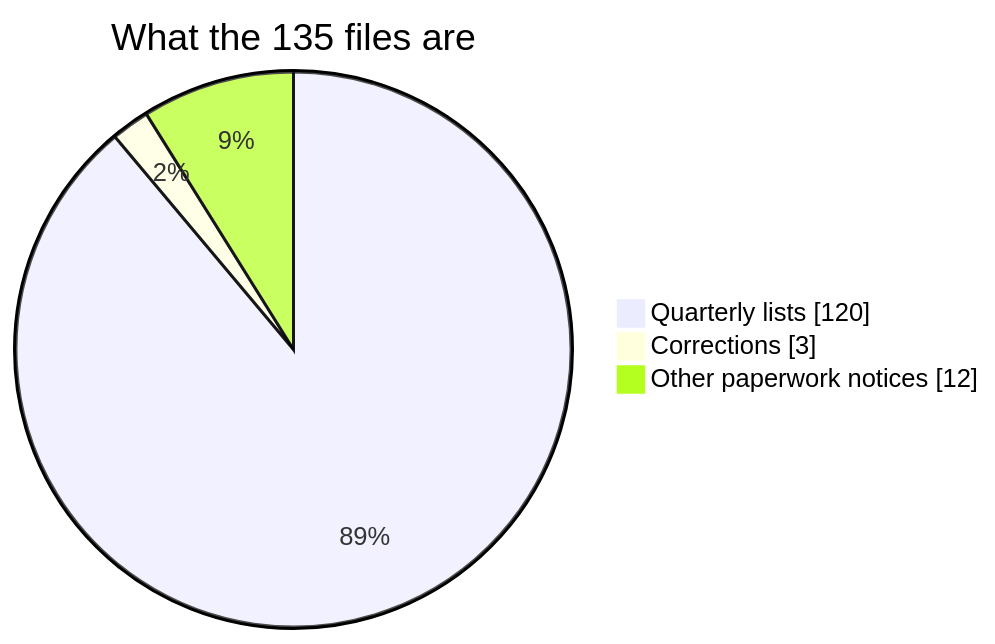
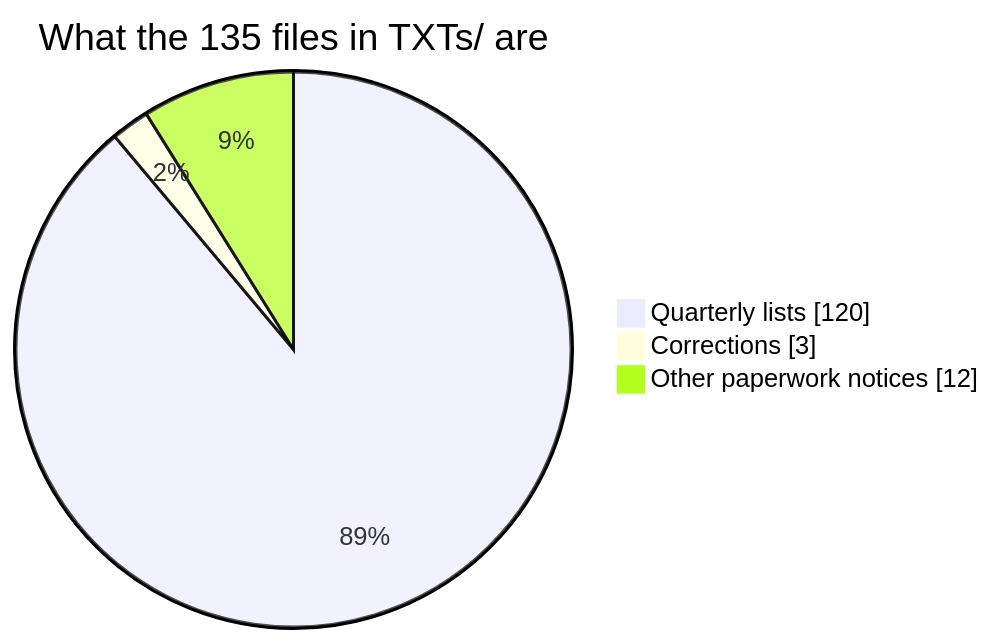
Before and after one commit to CoreData-Labs/usa-quarterly-expatriation-list: the fourth of 17 diagrams in README.md, drawn with Mermaid. The commit also changed other lines of this file, not shown here.

````diff
--- a/README.md
+++ b/README.md
@@ -124,7 +129,7 @@
 ```mermaid
 pie showData
-    title What the 135 files are
+    title What the 135 files in TXTs/ are
     "Quarterly lists" : 120
     "Corrections" : 3
     "Other paperwork notices" : 12
 ```
````
